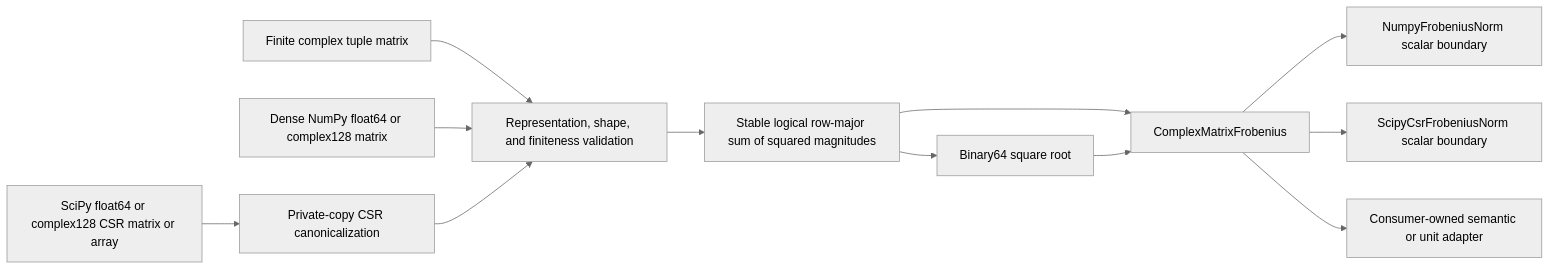
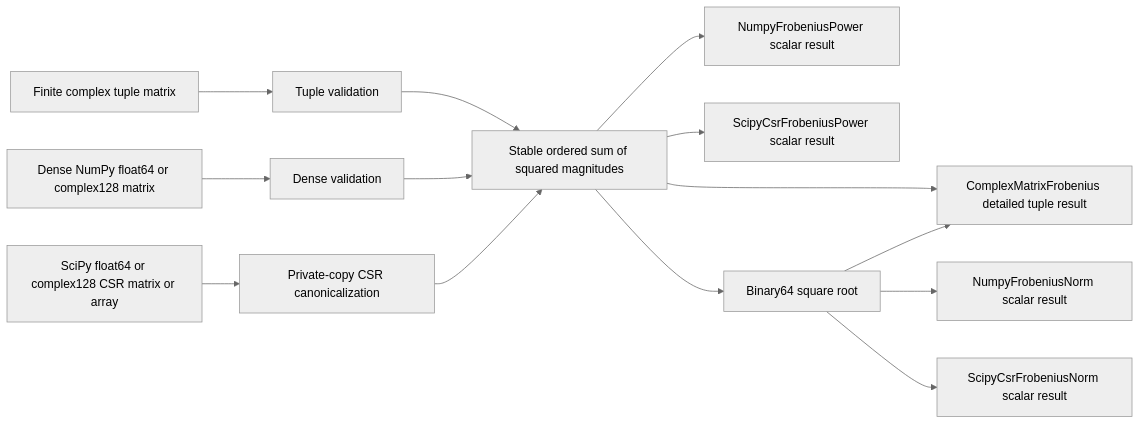
Before and after one commit to eragasa/projectkoios-optimization: the diagram in docs/architecture/projectkoios/numerics/linalg/frobenius/schematics.md, drawn with Mermaid (neutral theme). The commit also changed other lines of this file and 12 other files, not shown here.

Commit message:
Split backend Frobenius power and norm

````diff
--- a/docs/architecture/projectkoios/numerics/linalg/frobenius/schematics.md
+++ b/docs/architecture/projectkoios/numerics/linalg/frobenius/schematics.md
@@ -3,14 +3,16 @@
 ```mermaid
 flowchart LR
-    T[Finite complex tuple matrix] --> V[Representation, shape, and finiteness validation]
-    D[Dense NumPy float64 or complex128 matrix] --> V
+    T[Finite complex tuple matrix] --> V[Tuple validation]
+    D[Dense NumPy float64 or complex128 matrix] --> W[Dense validation]
     S[SciPy float64 or complex128 CSR matrix or array] --> K[Private-copy CSR canonicalization]
-    K --> V
-    V --> P[Stable logical row-major sum of squared magnitudes]
+    V --> P[Stable ordered sum of squared magnitudes]
+    W --> P
+    K --> P
+    P --> R[ComplexMatrixFrobenius detailed tuple result]
+    P --> U[NumpyFrobeniusPower scalar result]
+    P --> C[ScipyCsrFrobeniusPower scalar result]
     P --> N[Binary64 square root]
-    P --> R[ComplexMatrixFrobenius]
     N --> R
-    R --> E[NumpyFrobeniusNorm scalar boundary]
-    R --> Q[ScipyCsrFrobeniusNorm scalar boundary]
-    R --> C[Consumer-owned semantic or unit adapter]
+    N --> E[NumpyFrobeniusNorm scalar result]
+    N --> Q[ScipyCsrFrobeniusNorm scalar result]
 ```
````
